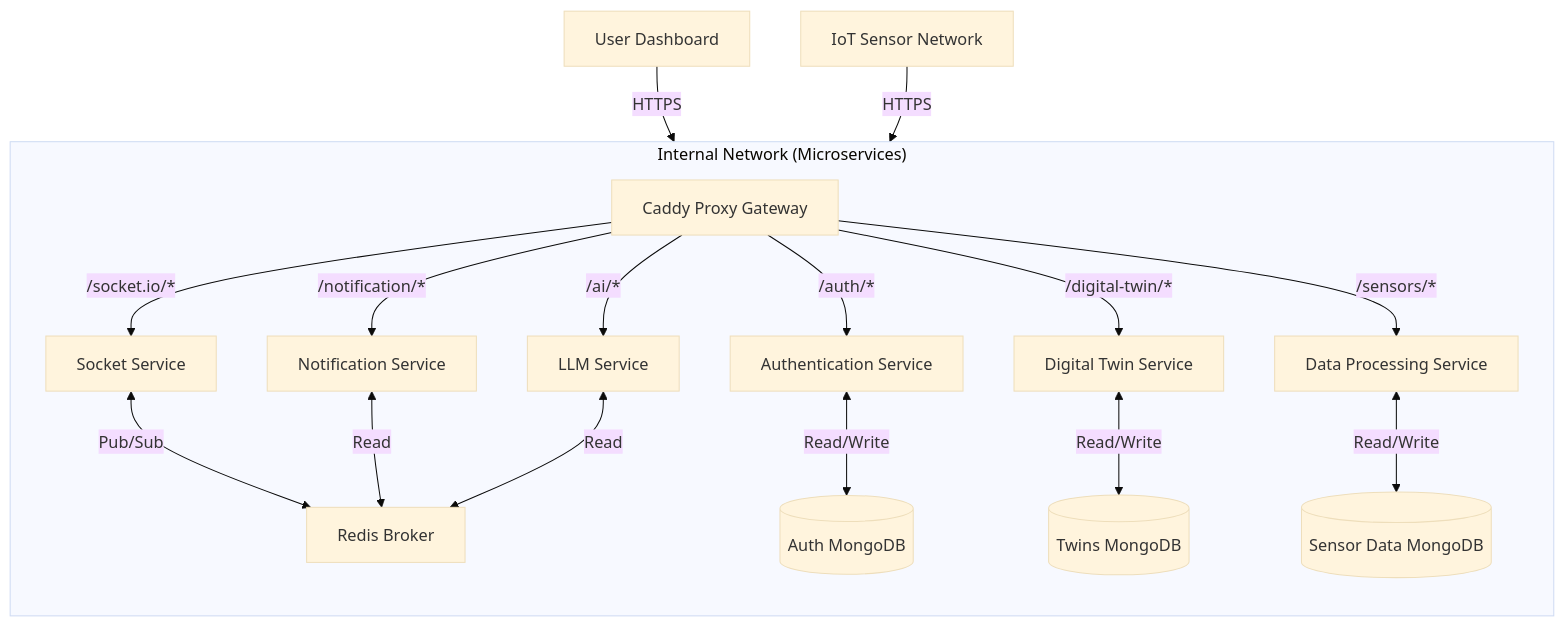
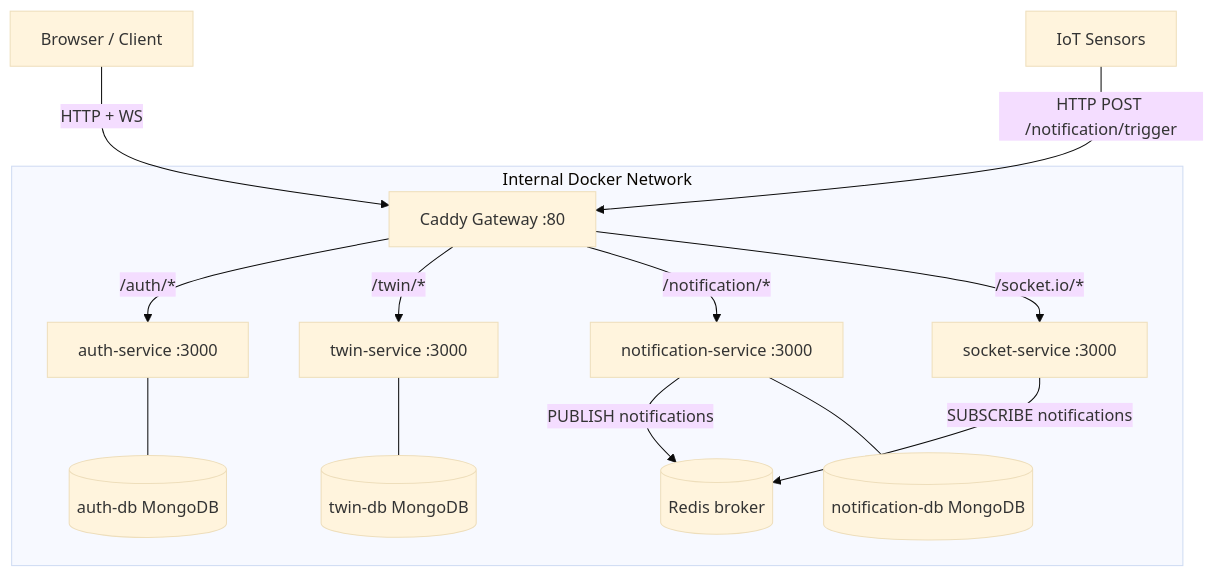
The diagram in dev-docs/architecture.md (NickGhignatti/crowd-vision), drawn with Mermaid (base theme) before and after one commit. The commit also changed other lines of this file and 8 other files, not shown here.

````diff
--- a/dev-docs/architecture.md
+++ b/dev-docs/architecture.md
@@ -19,24 +9,19 @@
 ```mermaid
 graph TD
-    User[User Dashboard] -->|HTTPS| Proxy[Caddy Proxy Gateway]
-    Sensors[IoT Sensor Network] -->|HTTPS| Proxy
-    
-    subgraph "Internal Network (Microservices)"
-        direction TB
-        Proxy -->|/auth/*| Auth[Authentication Service]
-        Proxy -->|/digital-twin/*| Twins[Digital Twin Service]
-        Proxy -->|/sensors/*| Data[Data Processing Service]
-        Proxy -->|/socket.io/*| Socket[Socket Service]
-        Proxy -->|/notification/*| Notify[Notification Service]
-        
-        Socket <-->|Pub/Sub| Redis[Redis Broker]
-        Notify <-->|Read| Redis
-        
-        Auth <-->|Read/Write| AuthDB[(Auth MongoDB)]
-        Twins <-->|Read/Write| TwinsDB[(Twins MongoDB)]
-        Data <-->|Read/Write| DataDB[(Sensor Data MongoDB)]
-        
-        Proxy -->|/ai/*| LLM[LLM Service]
-        LLM <-->|Read| Redis
+    Browser["Browser / Client"] -->|HTTP + WS| Caddy["Caddy Gateway :80"]
+    IoT["IoT Sensors"] -->|HTTP POST /notification/trigger| Caddy
+
+    subgraph Internal Docker Network
+        Caddy -->|/auth/*| Auth["auth-service :3000"]
+        Caddy -->|/twin/*| Twin["twin-service :3000"]
+        Caddy -->|/notification/*| Notif["notification-service :3000"]
+        Caddy -->|/socket.io/*| Socket["socket-service :3000"]
+
+        Notif -->|PUBLISH notifications| Redis[("Redis broker")]
+        Socket -->|SUBSCRIBE notifications| Redis
+
+        Auth --- AuthDB[("auth-db MongoDB")]
+        Twin --- TwinDB[("twin-db MongoDB")]
+        Notif --- NotifDB[("notification-db MongoDB")]
     end
 ```
````
